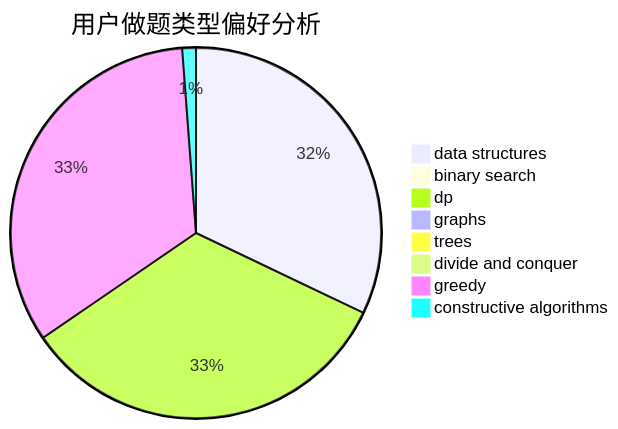
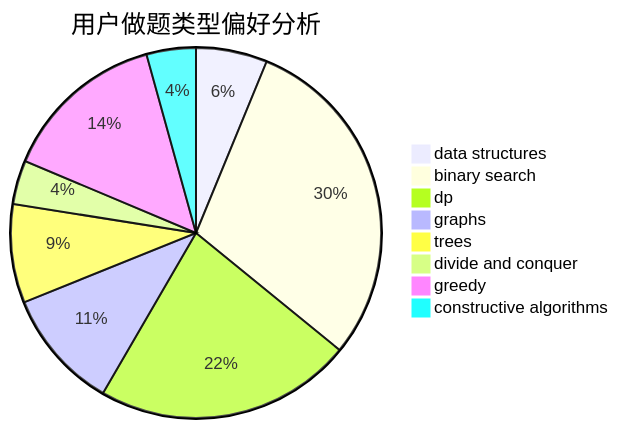
Before and after one commit to sherpahu/cfrs.github.io: the second of 3 diagrams in docs/user/u1165.md, drawn with Mermaid. The commit also changed other lines of this file and 2770 other files, not shown here.

````diff
--- a/docs/user/u1165.md
+++ b/docs/user/u1165.md
@@ -23,11 +23,11 @@
 ```mermaid
 pie title 用户做题类型偏好分析
-    "data structures" :  350
-    "binary search" :  0
-    "dp" :  364
-    "graphs" :  10
-    "trees" :  0
-    "divide and conquer" :  0
-    "greedy" :  364
-    "constructive algorithms" :  13
+    "data structures" :  13
+    "binary search" :  62
+    "dp" :  47
+    "graphs" :  22
+    "trees" :  18
+    "divide and conquer" :  8
+    "greedy" :  30
+    "constructive algorithms" :  9
 ```
````
